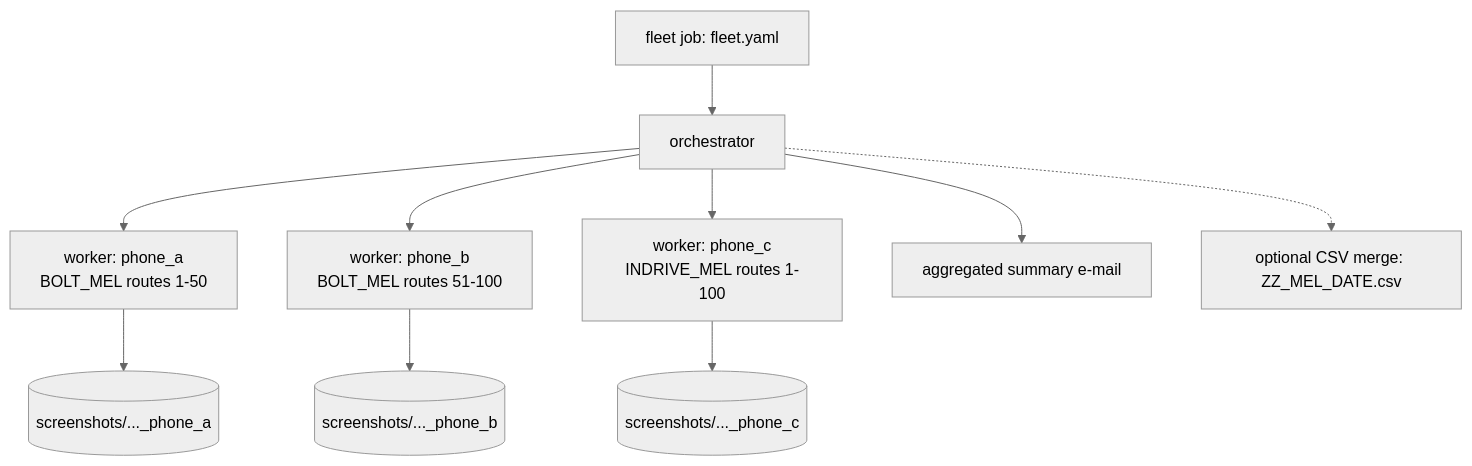
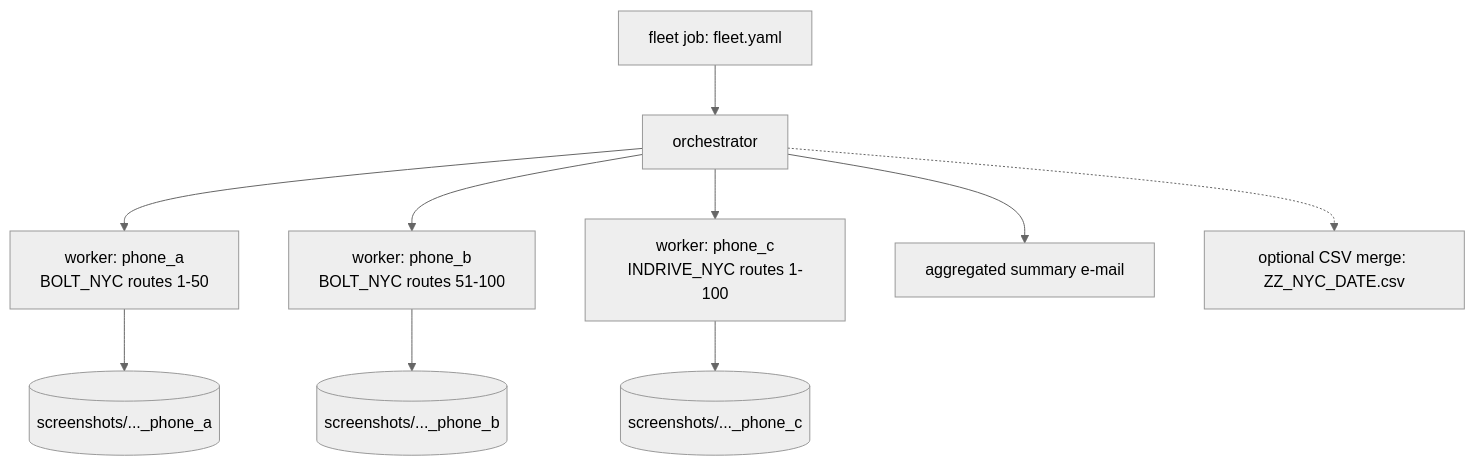
Before and after one commit to OZinOZ/AndroidAppAutomation: the diagram in docs/MULTI_DEVICE_PLAN.md, drawn with Mermaid (neutral theme). The commit also changed other lines of this file and 15 other files, not shown here.

````diff
--- a/docs/MULTI_DEVICE_PLAN.md
+++ b/docs/MULTI_DEVICE_PLAN.md
@@ -33,12 +33,12 @@
 ```mermaid
 flowchart TB
     FJ[fleet job: fleet.yaml] --> ORCH[orchestrator]
-    ORCH --> W1[worker: phone_a<br/>BOLT_MEL routes 1-50]
-    ORCH --> W2[worker: phone_b<br/>BOLT_MEL routes 51-100]
-    ORCH --> W3[worker: phone_c<br/>INDRIVE_MEL routes 1-100]
+    ORCH --> W1[worker: phone_a<br/>BOLT_NYC routes 1-50]
+    ORCH --> W2[worker: phone_b<br/>BOLT_NYC routes 51-100]
+    ORCH --> W3[worker: phone_c<br/>INDRIVE_NYC routes 1-100]
     W1 --> S1[(screenshots/..._phone_a)]
     W2 --> S2[(screenshots/..._phone_b)]
     W3 --> S3[(screenshots/..._phone_c)]
     ORCH --> MAIL[aggregated summary e-mail]
-    ORCH -.-> MERGE[optional CSV merge: ZZ_MEL_DATE.csv]
+    ORCH -.-> MERGE[optional CSV merge: ZZ_NYC_DATE.csv]
 ```
````
